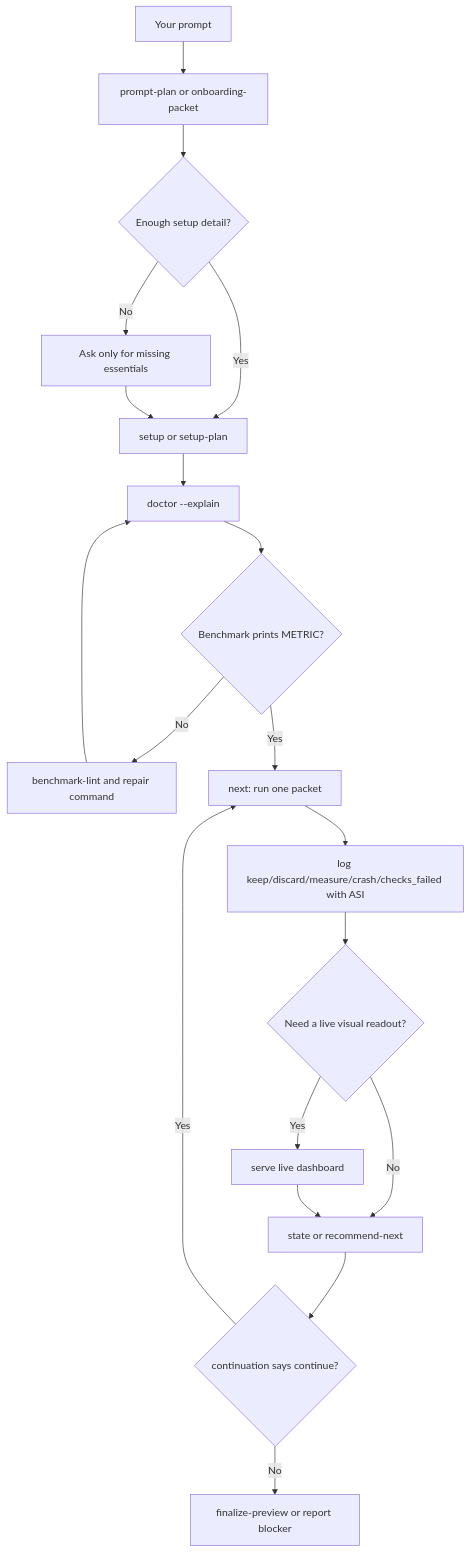
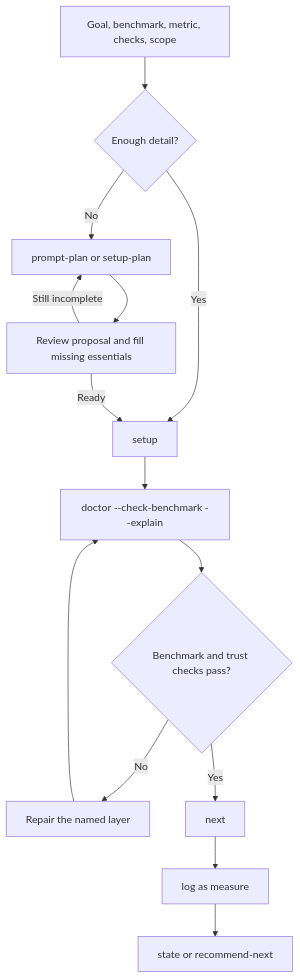
The first of 4 diagrams in plugins/codex-autoresearch/docs/workflows.md (TheGreenCedar/codex-autoresearch), drawn with Mermaid before and after one commit. The commit also changed other lines of this file and 98 other files, not shown here.

````diff
--- a/plugins/codex-autoresearch/docs/workflows.md
+++ b/plugins/codex-autoresearch/docs/workflows.md
@@ -7,21 +7,16 @@
 ```mermaid
 flowchart TD
-  A["Your prompt"] --> B["prompt-plan or onboarding-packet"]
-  B --> C{"Enough setup detail?"}
-  C -- "No" --> D["Ask only for missing essentials"]
-  C -- "Yes" --> E["setup or setup-plan"]
-  D --> E
-  E --> F["doctor --explain"]
-  F --> G{"Benchmark prints METRIC?"}
-  G -- "No" --> H["benchmark-lint and repair command"]
-  G -- "Yes" --> I["next: run one packet"]
-  H --> F
-  I --> J["log keep/discard/measure/crash/checks_failed with ASI"]
-  J --> K{"Need a live visual readout?"}
-  K -- "Yes" --> L["serve live dashboard"]
-  K -- "No" --> M["state or recommend-next"]
-  L --> M
-  M --> N{"continuation says continue?"}
-  N -- "Yes" --> I
-  N -- "No" --> O["finalize-preview or report blocker"]
+  A["Goal, benchmark, metric, checks, scope"] --> B{"Enough detail?"}
+  B -- "No" --> C["prompt-plan or setup-plan"]
+  B -- "Yes" --> D["setup"]
+  C --> R["Review proposal and fill missing essentials"]
+  R -- "Still incomplete" --> C
+  R -- "Ready" --> D
+  D --> E["doctor --check-benchmark --explain"]
+  E --> F{"Benchmark and trust checks pass?"}
+  F -- "No" --> G["Repair the named layer"]
+  G --> E
+  F -- "Yes" --> H["next"]
+  H --> I["log as measure"]
+  I --> J["state or recommend-next"]
 ```
````
